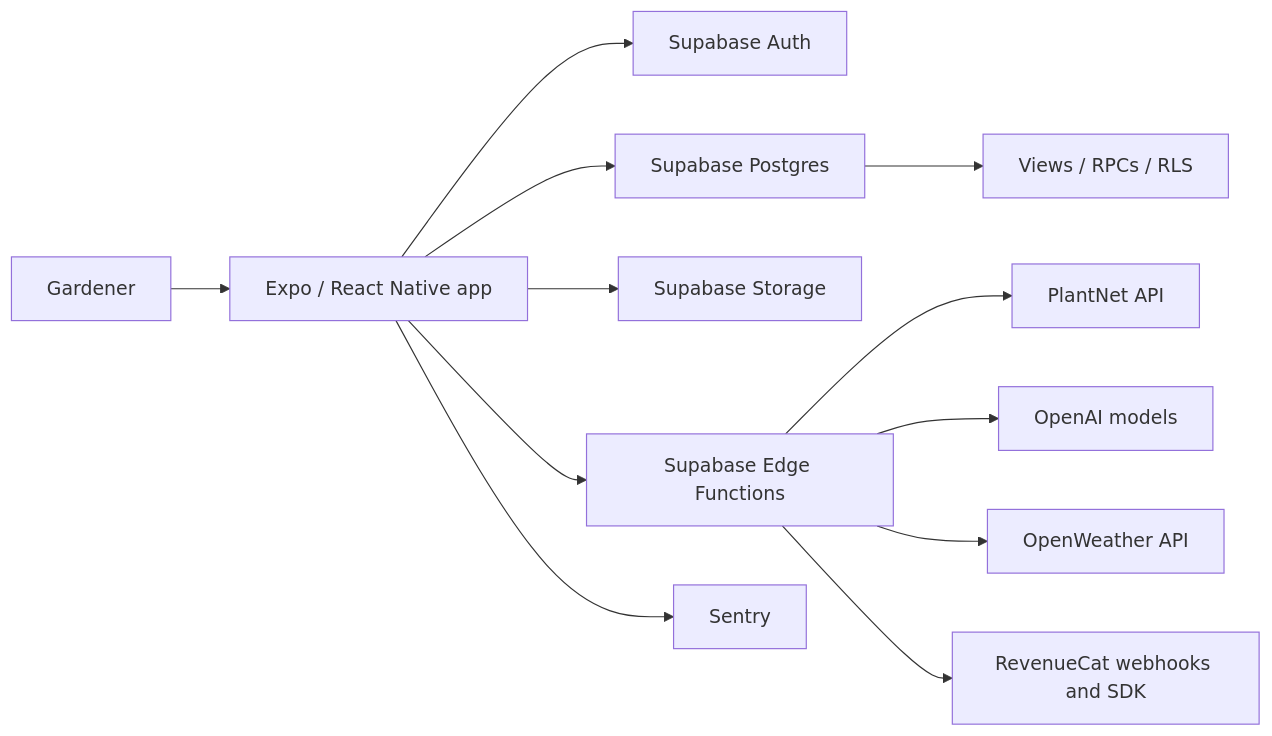
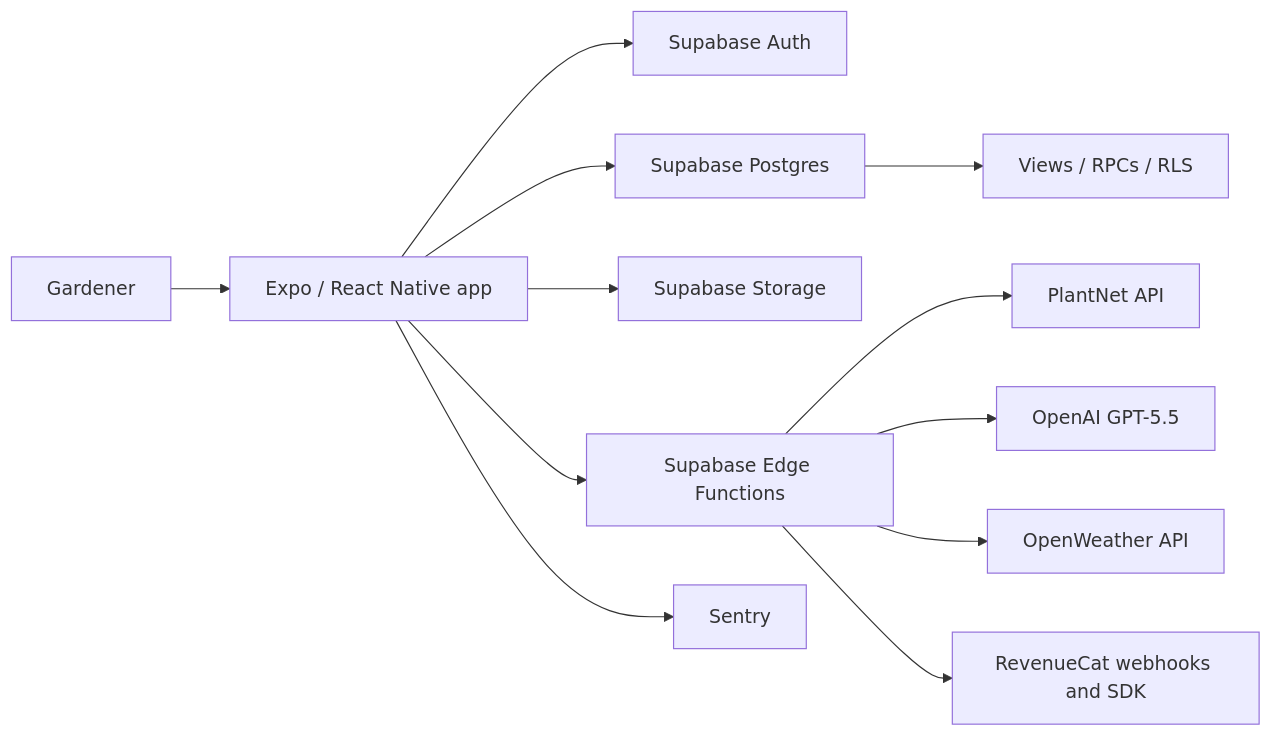
The first of 6 diagrams in ARCHITECTURE.md (3lC4pt41n/Mein-Gaertner-App), drawn with Mermaid before and after one commit. The commit also changed other lines of this file and 7 other files, not shown here.

````diff
--- a/ARCHITECTURE.md
+++ b/ARCHITECTURE.md
@@ -18,14 +18,14 @@
 ```mermaid
 flowchart LR
   User["Gardener"] --> App["Expo / React Native app"]
   App --> Auth["Supabase Auth"]
   App --> DB["Supabase Postgres"]
   App --> Storage["Supabase Storage"]
   App --> Edge["Supabase Edge Functions"]
   App --> Sentry["Sentry"]
   Edge --> PlantNet["PlantNet API"]
-  Edge --> OpenAI["OpenAI models"]
+  Edge --> OpenAI["OpenAI GPT-5.5"]
   Edge --> Weather["OpenWeather API"]
   Edge --> RevenueCat["RevenueCat webhooks and SDK"]
   DB --> Views["Views / RPCs / RLS"]
 ```
````
